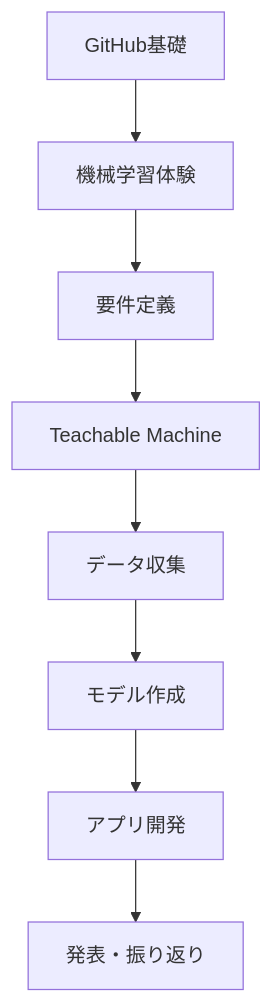
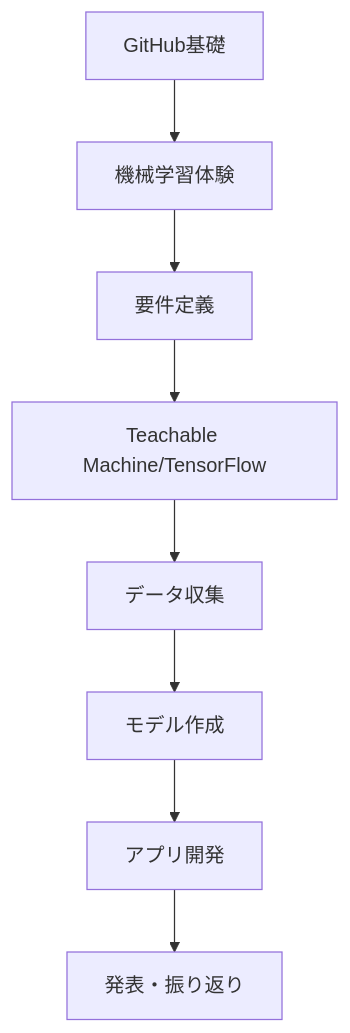
One commit to itoksk/vision-sys changed the diagram in README.md. Above: the diagram before and after it, drawn with Mermaid. The commit also changed other lines of this file, not shown here.

````diff
--- a/README.md
+++ b/README.md
@@ -98,10 +111,10 @@
 ```mermaid
 graph TD
     A[GitHub基礎] --> B[機械学習体験]
     B --> C[要件定義]
-    C --> D[Teachable Machine]
+    C --> D[Teachable Machine/TensorFlow]
     D --> E[データ収集]
     E --> F[モデル作成]
     F --> G[アプリ開発]
     G --> H[発表・振り返り]
 ```
````
